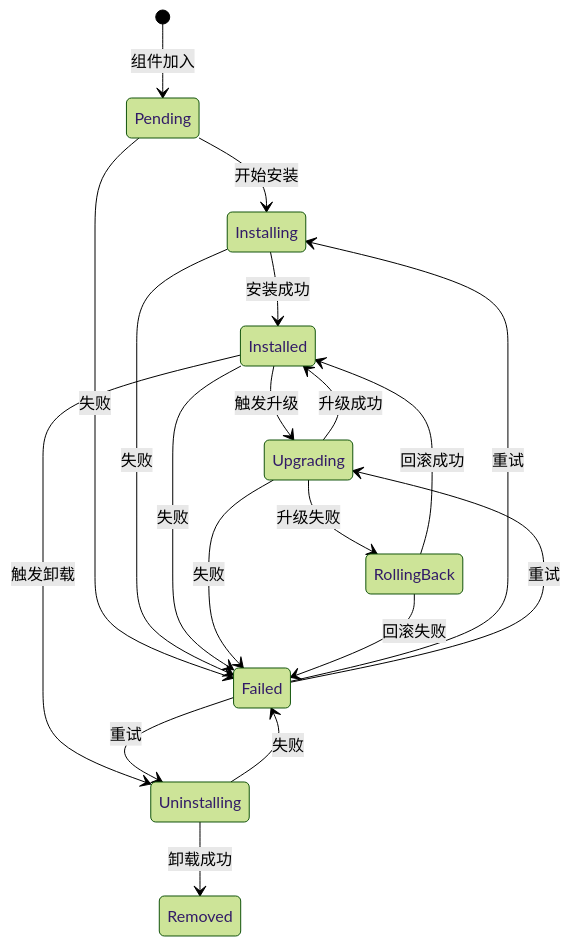
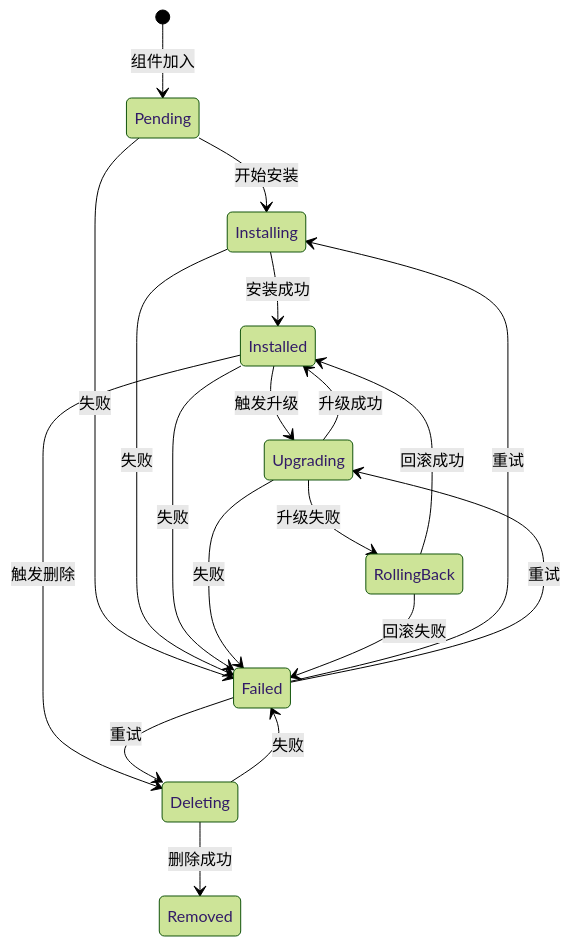
One commit to javadoors/cluster-api-provider-bke changed the third of 3 diagrams in code/kep/kep6/kep6-state-machine-v3.md. Above: the diagram before and after it, drawn with Mermaid (forest theme). The commit also changed other lines of this file, not shown here.

````diff
--- a/code/kep/kep6/kep6-state-machine-v3.md
+++ b/code/kep/kep6/kep6-state-machine-v3.md
@@ -969,28 +971,28 @@
 ```mermaid
 stateDiagram-v2
     [*] --> Pending : 组件加入
     
     Pending --> Installing : 开始安装
     Pending --> Failed : 失败
     
     Installing --> Installed : 安装成功
     Installing --> Failed : 失败
     
     Installed --> Upgrading : 触发升级
-    Installed --> Uninstalling : 触发卸载
+    Installed --> Deleting : 触发删除
     Installed --> Failed : 失败
     
     Upgrading --> Installed : 升级成功
     Upgrading --> RollingBack : 升级失败
     Upgrading --> Failed : 失败
     
     RollingBack --> Installed : 回滚成功
     RollingBack --> Failed : 回滚失败
     
-    Uninstalling --> Removed : 卸载成功
-    Uninstalling --> Failed : 失败
+    Deleting --> Removed : 删除成功
+    Deleting --> Failed : 失败
     
     Failed --> Installing : 重试
     Failed --> Upgrading : 重试
-    Failed --> Uninstalling : 重试
+    Failed --> Deleting : 重试
 ```
````
